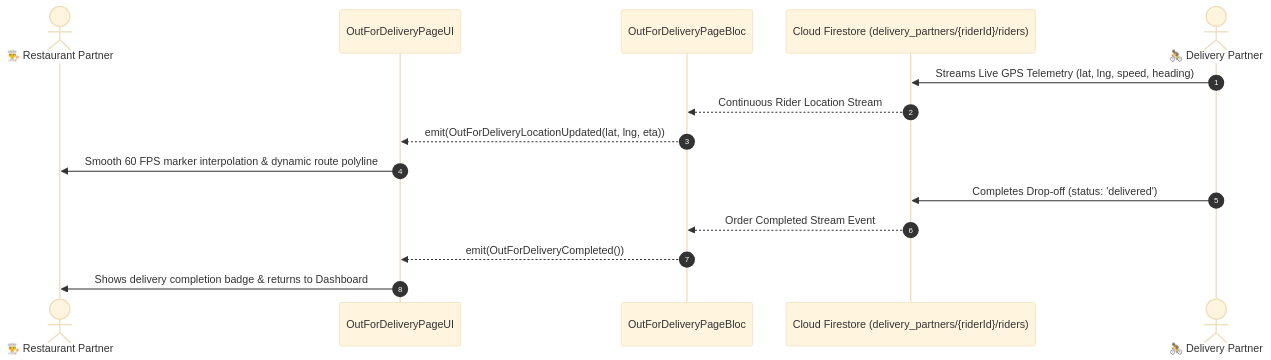
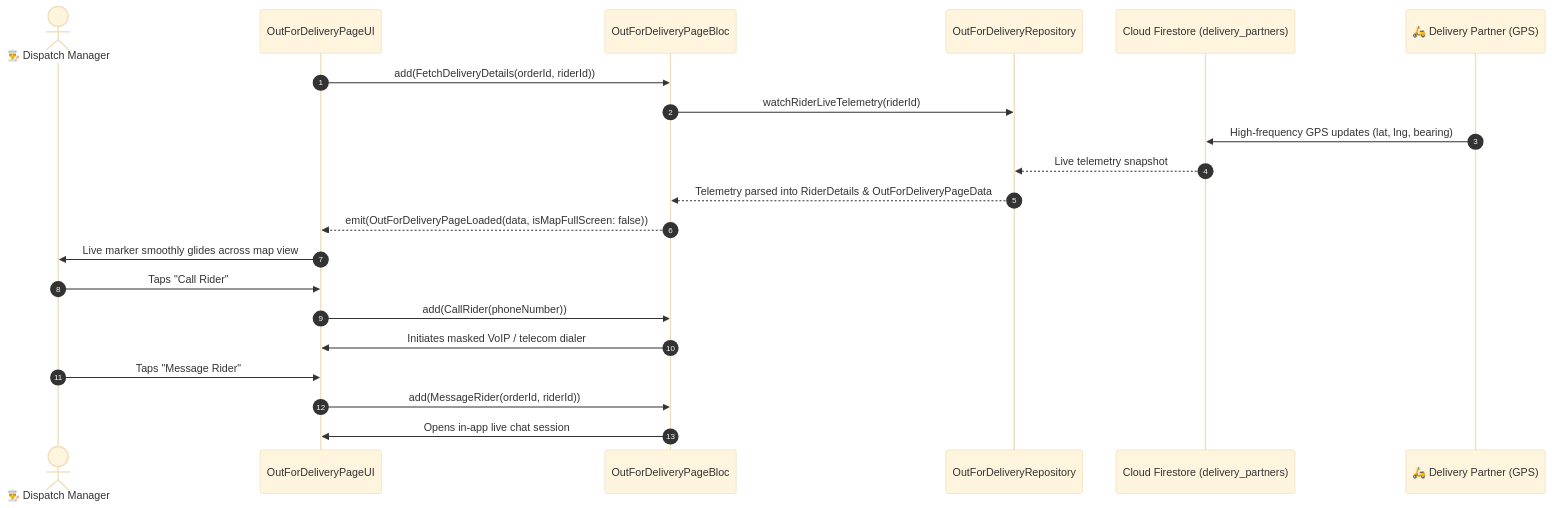
The diagram in md_files/04_Seller_Human_Journey_And_Testing/05_Kitchen_Orders_And_Dispatch/20_OUT_FOR_DELIVERY_PAGE.md (SRIKUMAR10/food_delivery_app), drawn with Mermaid (base theme) before and after one commit. The commit also changed other lines of this file and 204 other files, not shown here.

````diff
--- a/md_files/04_Seller_Human_Journey_And_Testing/05_Kitchen_Orders_And_Dispatch/20_OUT_FOR_DELIVERY_PAGE.md
+++ b/md_files/04_Seller_Human_Journey_And_Testing/05_Kitchen_Orders_And_Dispatch/20_OUT_FOR_DELIVERY_PAGE.md
@@ -16,18 +17,24 @@
 ```mermaid
 sequenceDiagram
     autonumber
-    actor Seller as 👨‍🍳 Restaurant Partner
+    actor Kitchen as 👨‍🍳 Dispatch Manager
     participant UI as OutForDeliveryPageUI
     participant Bloc as OutForDeliveryPageBloc
-    participant FS as Cloud Firestore (delivery_partners/{riderId}/riders)
-    actor Rider as 🚴 Delivery Partner
+    participant Repo as OutForDeliveryRepository
+    participant FS as Cloud Firestore (delivery_partners)
+    participant Rider as 🛵 Delivery Partner (GPS)
 
-    Rider->>FS: Streams Live GPS Telemetry (lat, lng, speed, heading)
-    FS-->>Bloc: Continuous Rider Location Stream
-    Bloc-->>UI: emit(OutForDeliveryLocationUpdated(lat, lng, eta))
-    UI->>Seller: Smooth 60 FPS marker interpolation & dynamic route polyline
-    Rider->>FS: Completes Drop-off (status: 'delivered')
-    FS-->>Bloc: Order Completed Stream Event
-    Bloc-->>UI: emit(OutForDeliveryCompleted())
-    UI->>Seller: Shows delivery completion badge & returns to Dashboard
+    UI->>Bloc: add(FetchDeliveryDetails(orderId, riderId))
+    Bloc->>Repo: watchRiderLiveTelemetry(riderId)
+    Rider->>FS: High-frequency GPS updates (lat, lng, bearing)
+    FS-->>Repo: Live telemetry snapshot
+    Repo-->>Bloc: Telemetry parsed into RiderDetails & OutForDeliveryPageData
+    Bloc-->>UI: emit(OutForDeliveryPageLoaded(data, isMapFullScreen: false))
+    UI->>Kitchen: Live marker smoothly glides across map view
+    Kitchen->>UI: Taps "Call Rider"
+    UI->>Bloc: add(CallRider(phoneNumber))
+    Bloc->>UI: Initiates masked VoIP / telecom dialer
+    Kitchen->>UI: Taps "Message Rider"
+    UI->>Bloc: add(MessageRider(orderId, riderId))
+    Bloc->>UI: Opens in-app live chat session
 ```
````
